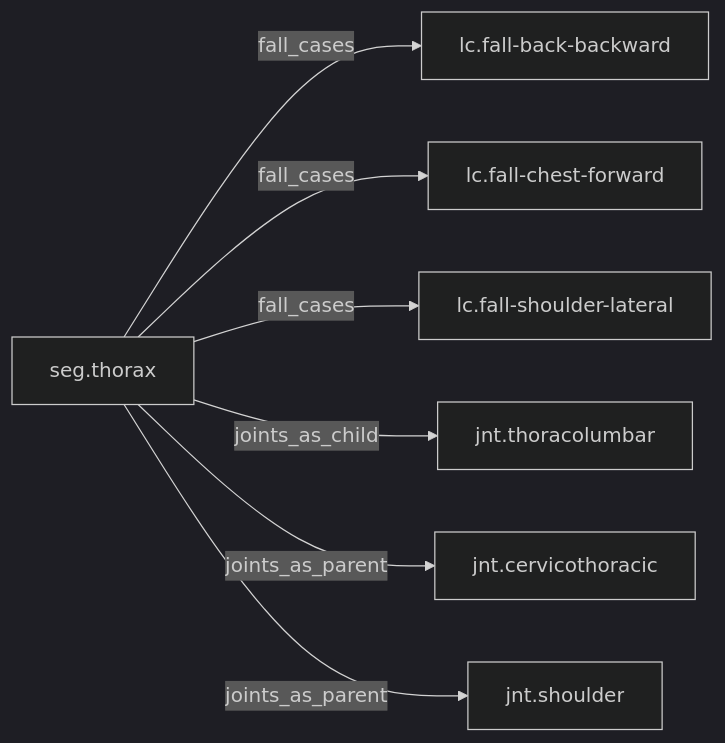
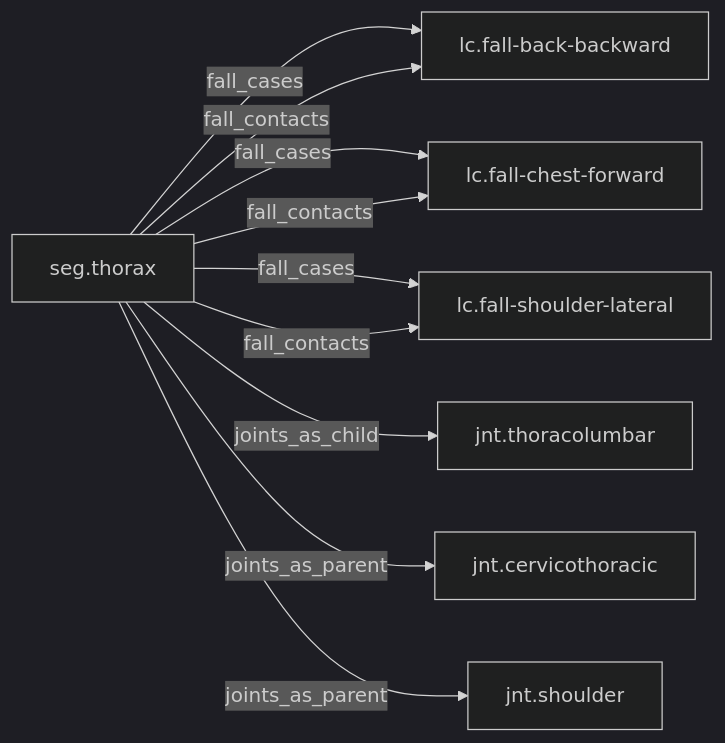
One commit to JoeCiampa3/freyja changed the diagram in thread/dossiers/seg.thorax.md. Above: the diagram before and after it, drawn with Mermaid (dark theme). The commit also changed other lines of this file and 29 other files, not shown here.

````diff
--- a/thread/dossiers/seg.thorax.md
+++ b/thread/dossiers/seg.thorax.md
@@ -71,16 +72,19 @@
 ```mermaid
 graph LR
   n0["seg.thorax"]
   n1["jnt.cervicothoracic"]
   n2["jnt.shoulder"]
   n3["jnt.thoracolumbar"]
   n4["lc.fall-back-backward"]
   n5["lc.fall-chest-forward"]
   n6["lc.fall-shoulder-lateral"]
   n0 -->|fall_cases| n4
   n0 -->|fall_cases| n5
   n0 -->|fall_cases| n6
+  n0 -->|fall_contacts| n4
+  n0 -->|fall_contacts| n5
+  n0 -->|fall_contacts| n6
   n0 -->|joints_as_child| n3
   n0 -->|joints_as_parent| n1
   n0 -->|joints_as_parent| n2
 ```
````
